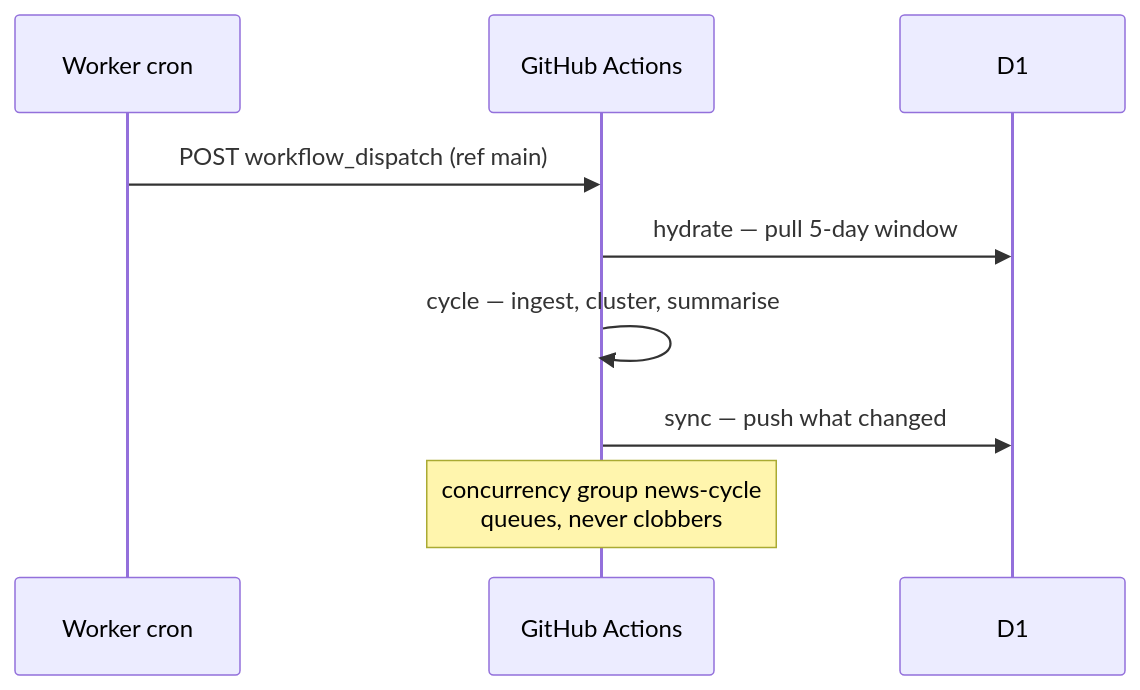
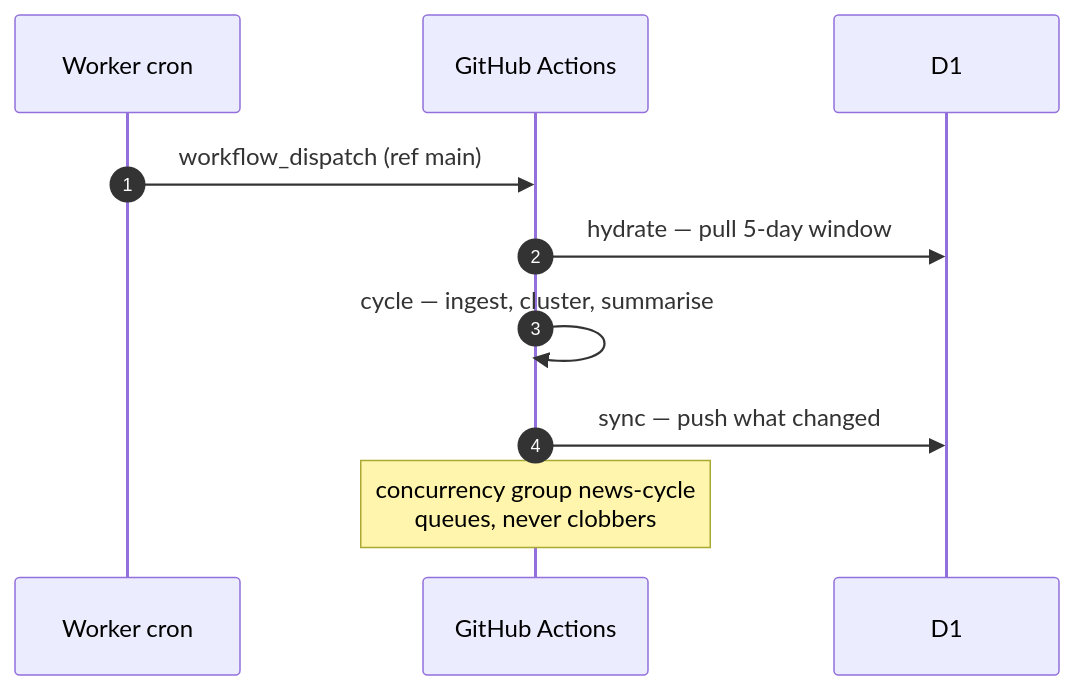
Before and after one commit to nvkudva/Smart-News: the second of 5 diagrams in ARCHITECTURE.md, drawn with Mermaid. The commit also changed other lines of this file, not shown here.

First line of the commit message:
Give the diagrams a palette that survives both GitHub themes

````diff
--- a/ARCHITECTURE.md
+++ b/ARCHITECTURE.md
@@ -47,11 +58,12 @@
 ```mermaid
 sequenceDiagram
+  autonumber
   participant W as Worker cron
   participant G as GitHub Actions
   participant D as D1
-  W->>G: POST workflow_dispatch (ref main)
+  W->>G: workflow_dispatch (ref main)
   G->>D: hydrate — pull 5-day window
   G->>G: cycle — ingest, cluster, summarise
   G->>D: sync — push what changed
   Note over G: concurrency group news-cycle<br/>queues, never clobbers
 ```
````
